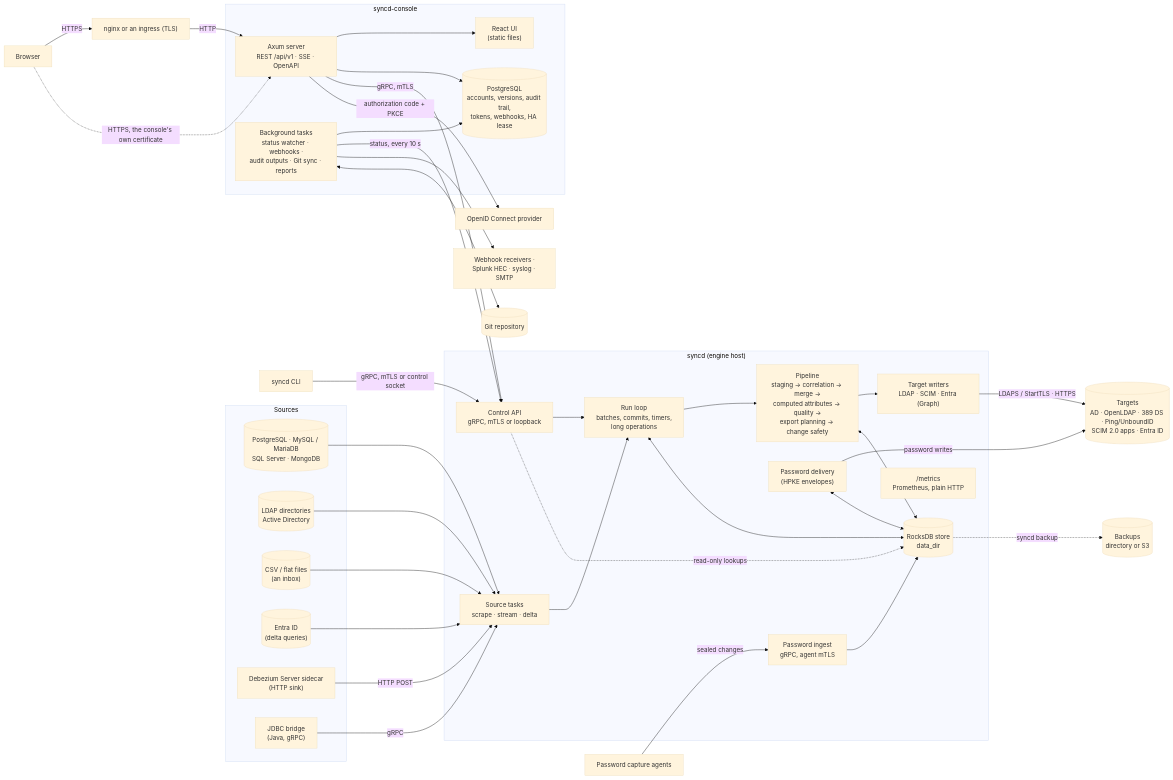
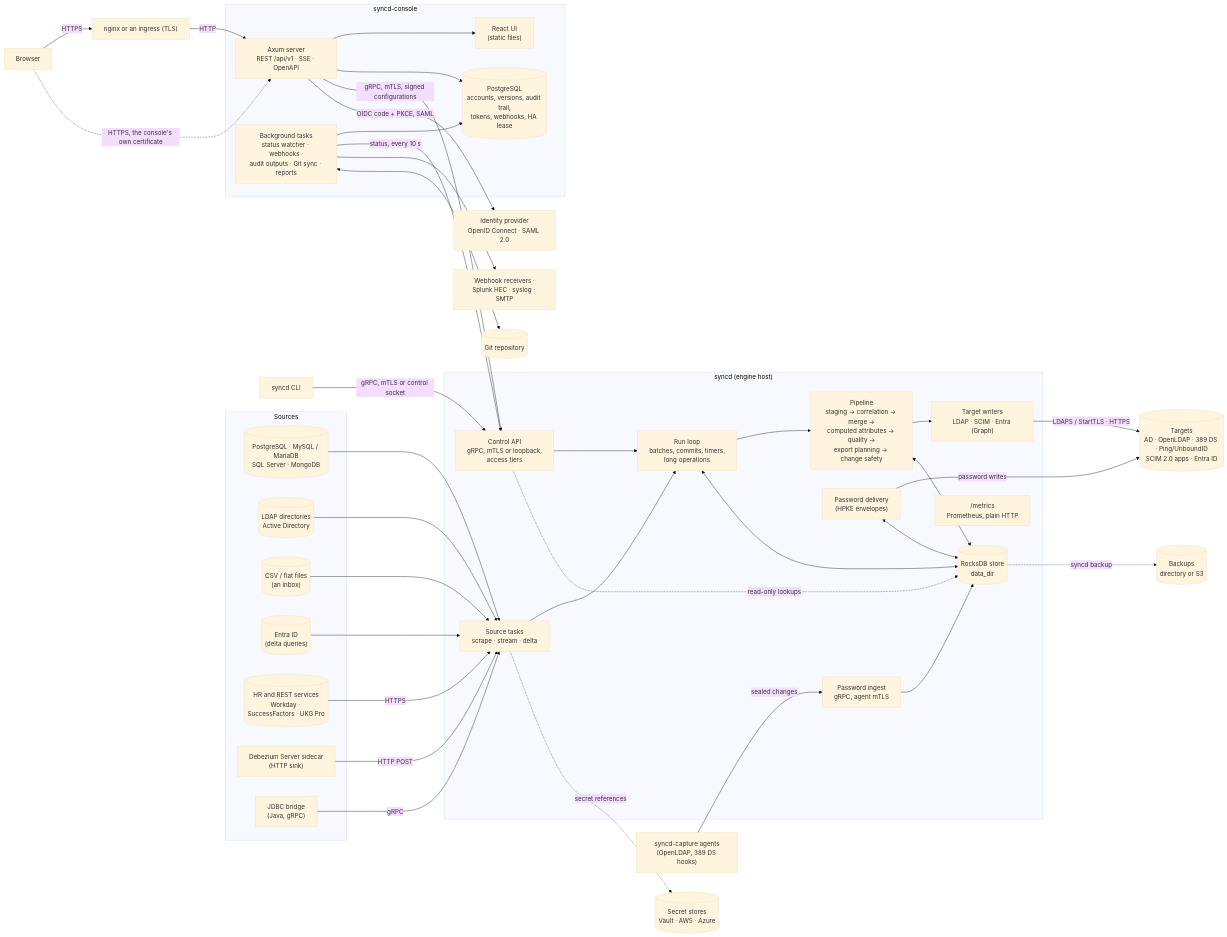
One commit to winllc/ens-apps-documentation changed the first of 8 diagrams in docs/syncd/architecture.md. Above: the diagram before and after it, drawn with Mermaid (base theme). The commit also changed other lines of this file and 4 other files, not shown here.

First line of the commit message:
syncd 0.5.0: install, sizing and availability, architecture

````diff
--- a/docs/syncd/architecture.md
+++ b/docs/syncd/architecture.md
@@ -19,64 +23,68 @@
 ```mermaid
 flowchart LR
     subgraph Sources
         DB[("PostgreSQL · MySQL / MariaDB<br/>SQL Server · MongoDB")]
         DIR[("LDAP directories<br/>Active Directory")]
         CSV[("CSV / flat files<br/>(an inbox)")]
         ENS[("Entra ID<br/>(delta queries)")]
+        HR[("HR and REST services<br/>Workday · SuccessFactors · UKG Pro")]
         DBZ["Debezium Server sidecar<br/>(HTTP sink)"]
         JDBC["JDBC bridge<br/>(Java, gRPC)"]
     end
     subgraph Engine["syncd (engine host)"]
         ING["Source tasks<br/>scrape · stream · delta"]
         LOOP["Run loop<br/>batches, commits, timers,<br/>long operations"]
         PIPE["Pipeline<br/>staging → correlation → merge →<br/>computed attributes → quality →<br/>export planning → change safety"]
         WR["Target writers<br/>LDAP · SCIM · Entra (Graph)"]
         PW["Password delivery<br/>(HPKE envelopes)"]
         STORE[("RocksDB store<br/>data_dir")]
-        API["Control API<br/>gRPC, mTLS or loopback"]
+        API["Control API<br/>gRPC, mTLS or loopback,<br/>access tiers"]
         PIN["Password ingest<br/>gRPC, agent mTLS"]
         MET["/metrics<br/>Prometheus, plain HTTP"]
     end
     subgraph Console["syncd-console"]
         SRV["Axum server<br/>REST /api/v1 · SSE · OpenAPI"]
         BG["Background tasks<br/>status watcher · webhooks ·<br/>audit outputs · Git sync · reports"]
         UI["React UI<br/>(static files)"]
         PG[("PostgreSQL<br/>accounts, versions, audit trail,<br/>tokens, webhooks, HA lease")]
     end
     TGT[("Targets<br/>AD · OpenLDAP · 389 DS · Ping/UnboundID<br/>SCIM 2.0 apps · Entra ID")]
-    AG["Password capture agents"]
+    AG["syncd-capture agents<br/>(OpenLDAP, 389 DS hooks)"]
+    VLT[("Secret stores<br/>Vault · AWS · Azure")]
     NGX["nginx or an ingress (TLS)"]
     BR["Browser"]
     CLI["syncd CLI"]
-    OIDC["OpenID Connect provider"]
+    OIDC["Identity provider<br/>OpenID Connect · SAML 2.0"]
     OUT["Webhook receivers ·<br/>Splunk HEC · syslog · SMTP"]
     GIT[("Git repository")]
     BK[("Backups<br/>directory or S3")]
 
     DB --> ING
     DIR --> ING
     CSV --> ING
     ENS --> ING
+    HR -->|HTTPS| ING
     DBZ -->|"HTTP POST"| ING
     JDBC -->|gRPC| ING
     ING --> LOOP --> PIPE --> WR -->|"LDAPS / StartTLS · HTTPS"| TGT
     PW -->|"password writes"| TGT
     LOOP <--> STORE
     PIPE <--> STORE
     PW <--> STORE
     API --> LOOP
     API -.read-only lookups.-> STORE
     AG -->|"sealed changes"| PIN --> STORE
     STORE -.->|"syncd backup"| BK
+    ING -.->|"secret references"| VLT
     BR -->|HTTPS| NGX -->|"HTTP"| SRV
     BR -.->|"HTTPS, the console's own certificate"| SRV
     SRV --> UI
     SRV --> PG
     BG --> PG
-    SRV -->|"gRPC, mTLS"| API
+    SRV -->|"gRPC, mTLS, signed configurations"| API
     BG -->|"status, every 10 s"| API
     BG --> OUT
     BG <--> GIT
     CLI -->|"gRPC, mTLS or control socket"| API
-    SRV -->|"authorization code + PKCE"| OIDC
+    SRV -->|"OIDC code + PKCE, SAML"| OIDC
 ```
````
